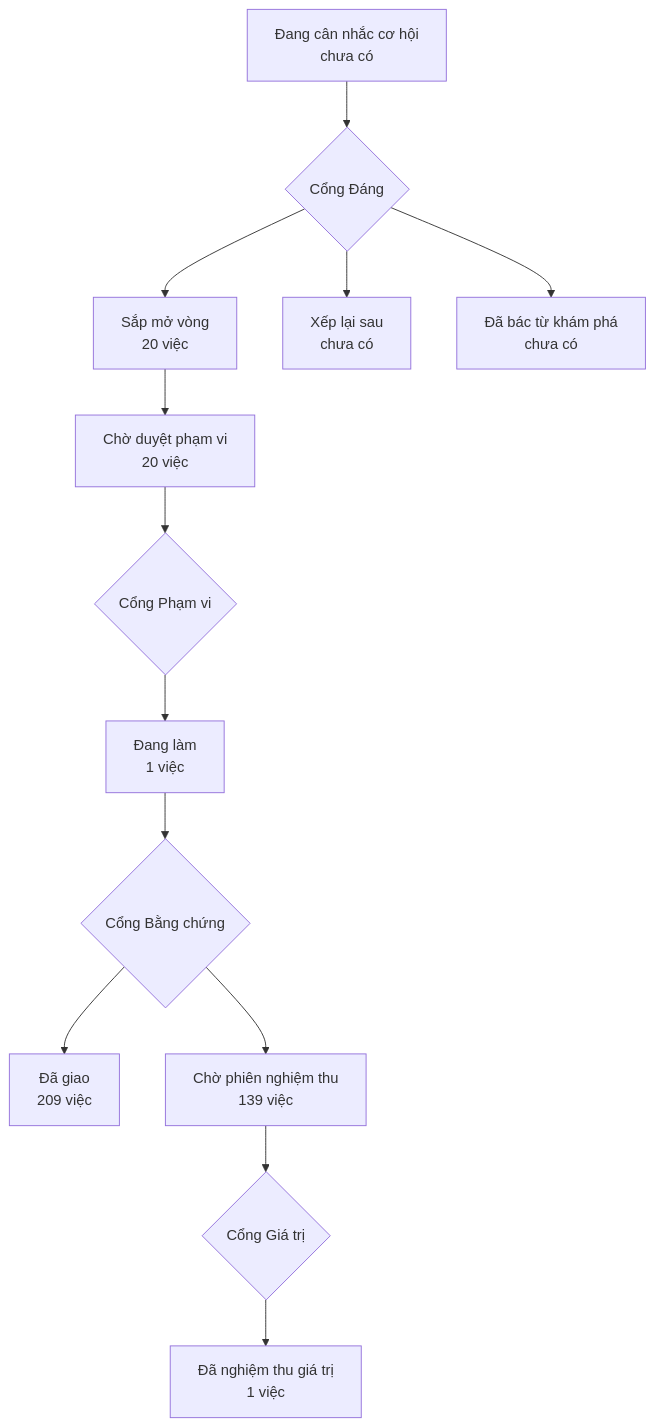
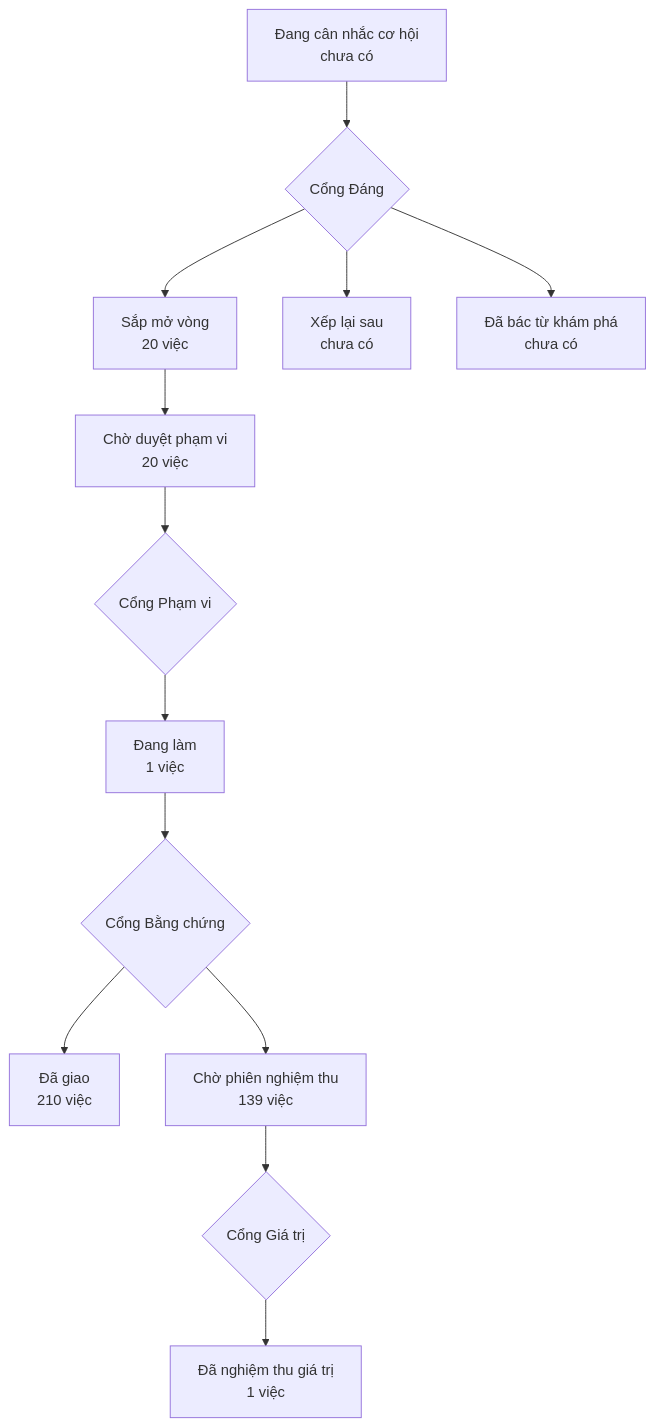
Before and after one commit to phanlemanh/onehub-invest: the diagram in PRODUCT-MAP.md, drawn with Mermaid. The commit also changed other lines of this file and 1 other file, not shown here.

Commit message:
chore: vẽ lại bản đồ sau khi nhận main 3dcabe850

````diff
--- a/PRODUCT-MAP.md
+++ b/PRODUCT-MAP.md
@@ -7,12 +7,12 @@
 ```mermaid
 flowchart TD
   A["Đang cân nhắc cơ hội<br/>chưa có"] --> GD{"Cổng Đáng"}
   GD --> B["Sắp mở vòng<br/>20 việc"]
   GD --> XL["Xếp lại sau<br/>chưa có"]
   GD --> DB["Đã bác từ khám phá<br/>chưa có"]
   B --> CD["Chờ duyệt phạm vi<br/>20 việc"] --> GP{"Cổng Phạm vi"}
   GP --> DL["Đang làm<br/>1 việc"] --> GB{"Cổng Bằng chứng"}
-  GB --> DG["Đã giao<br/>209 việc"]
+  GB --> DG["Đã giao<br/>210 việc"]
   GB --> CN["Chờ phiên nghiệm thu<br/>139 việc"] --> GG{"Cổng Giá trị"}
   GG --> NT["Đã nghiệm thu giá trị<br/>1 việc"]
 ```
````
